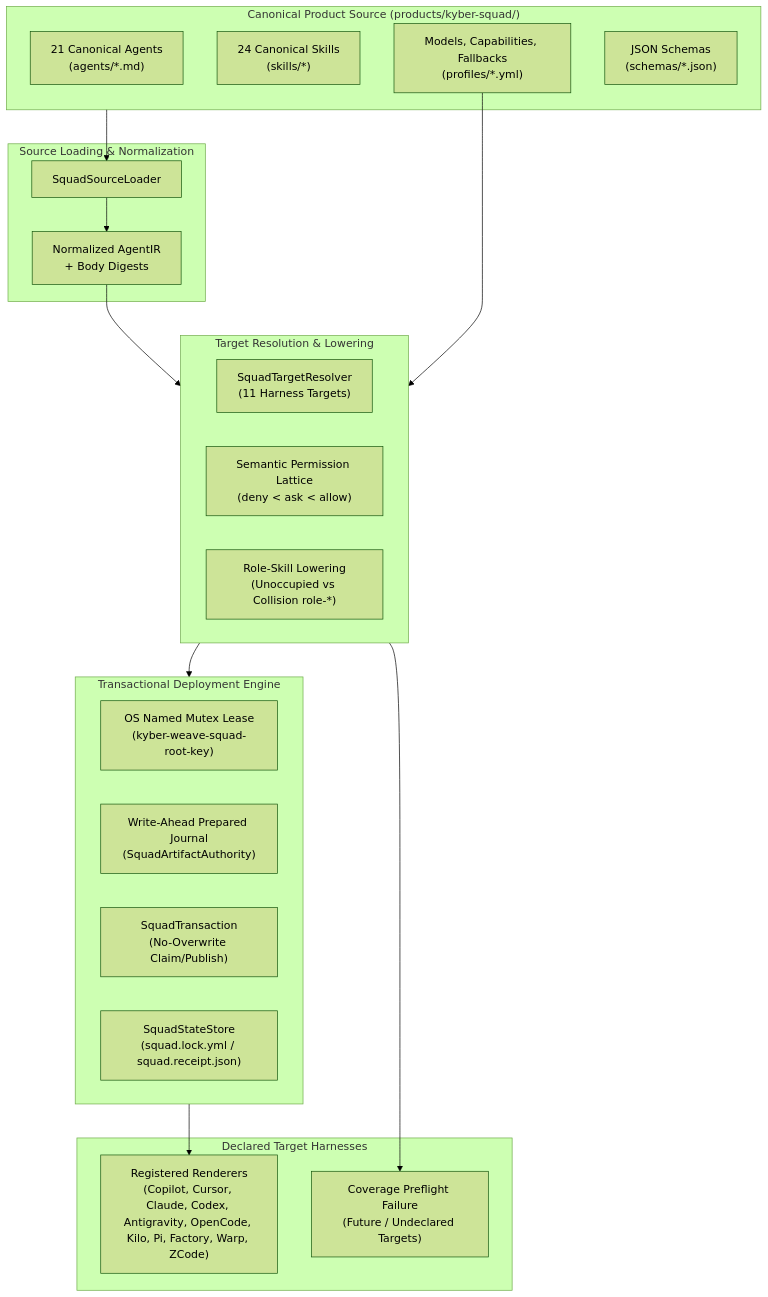
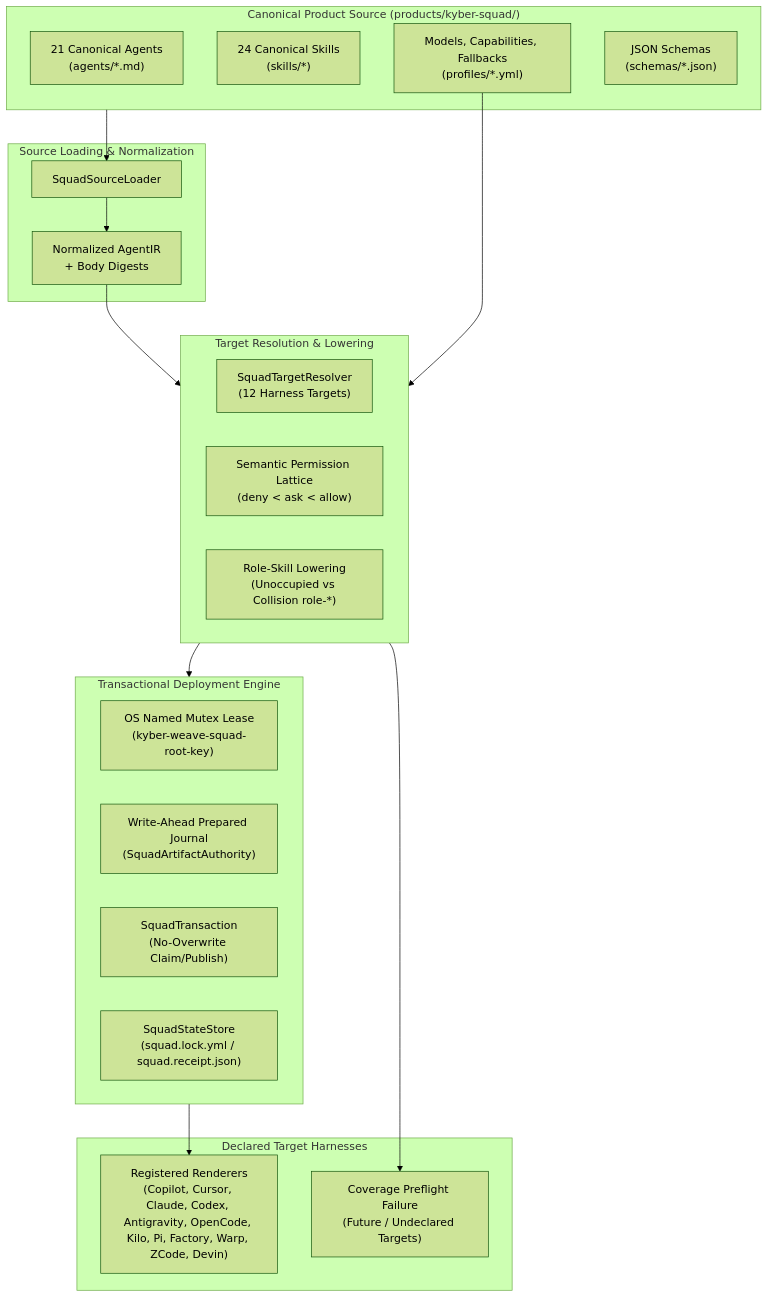
One commit to dpalfery/kyber-weave changed the first of 4 diagrams in docs/kyber-squad/architecture.md. Above: the diagram before and after it, drawn with Mermaid (forest theme). The commit also changed other lines of this file and 22 other files, not shown here.

First line of the commit message:
feat(squad): add Devin Desktop as a harness target with a native renderer (#153)

````diff
--- a/docs/kyber-squad/architecture.md
+++ b/docs/kyber-squad/architecture.md
@@ -50,40 +51,40 @@
 ```mermaid
 flowchart TD
     subgraph CanonicalSource["Canonical Product Source (products/kyber-squad/)"]
         Agents["21 Canonical Agents\n(agents/*.md)"]
         Skills["24 Canonical Skills\n(skills/*)"]
         Profiles["Models, Capabilities, Fallbacks\n(profiles/*.yml)"]
         Schemas["JSON Schemas\n(schemas/*.json)"]
     end
 
     subgraph Loader["Source Loading & Normalization"]
         SquadSourceLoader["SquadSourceLoader"]
         AgentIR["Normalized AgentIR\n+ Body Digests"]
     end
 
     subgraph Compiler["Target Resolution & Lowering"]
-        SquadTargetResolver["SquadTargetResolver\n(11 Harness Targets)"]
+        SquadTargetResolver["SquadTargetResolver\n(12 Harness Targets)"]
         Lattice["Semantic Permission Lattice\n(deny < ask < allow)"]
         Lowering["Role-Skill Lowering\n(Unoccupied vs Collision role-*)"]
     end
 
     subgraph DeploymentEngine["Transactional Deployment Engine"]
         Mutex["OS Named Mutex Lease\n(kyber-weave-squad-root-key)"]
         Journal["Write-Ahead Prepared Journal\n(SquadArtifactAuthority)"]
         Transaction["SquadTransaction\n(No-Overwrite Claim/Publish)"]
         StateStore["SquadStateStore\n(squad.lock.yml / squad.receipt.json)"]
     end
 
     subgraph TargetHarnesses["Declared Target Harnesses"]
-        RegisteredTargets["Registered Renderers\n(Copilot, Cursor, Claude, Codex, Antigravity, OpenCode, Kilo, Pi, Factory, Warp, ZCode)"]
+        RegisteredTargets["Registered Renderers\n(Copilot, Cursor, Claude, Codex, Antigravity, OpenCode, Kilo, Pi, Factory, Warp, ZCode, Devin)"]
         UnsupportedTargets["Coverage Preflight Failure\n(Future / Undeclared Targets)"]
     end
 
     CanonicalSource --> SquadSourceLoader
     SquadSourceLoader --> AgentIR
     AgentIR --> Compiler
     Profiles --> Compiler
     Compiler --> DeploymentEngine
     DeploymentEngine --> RegisteredTargets
     Compiler --> UnsupportedTargets
 ```
````
